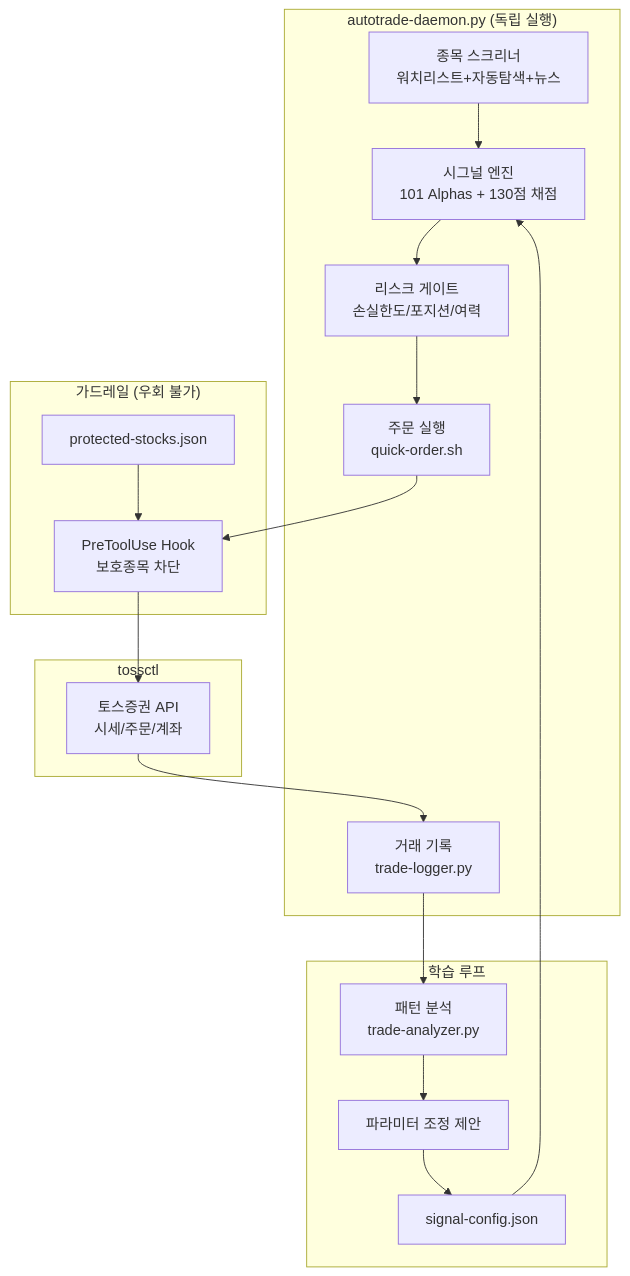
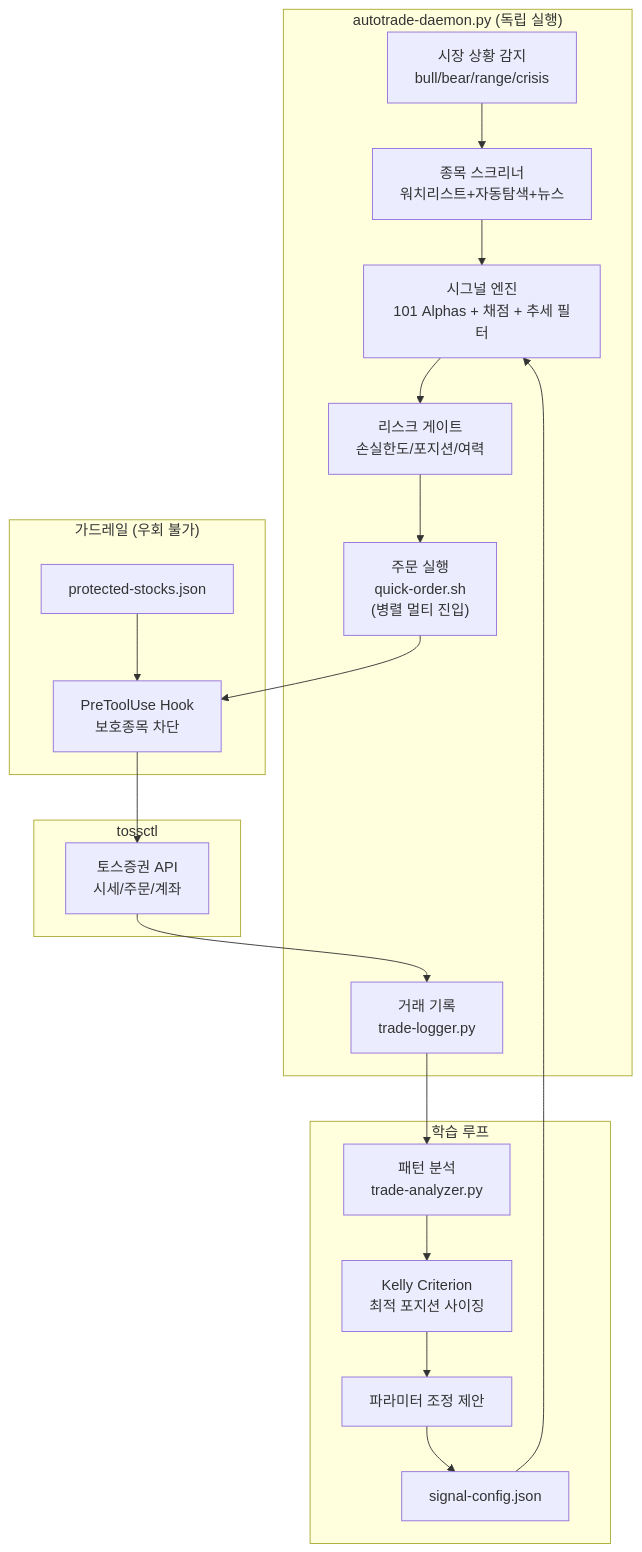
One commit to Aiden-Kwak/toss-trading-system changed the diagram in README.md. Above: the diagram before and after it, drawn with Mermaid. The commit also changed other lines of this file, not shown here.

````diff
--- a/README.md
+++ b/README.md
@@ -10,30 +10,32 @@
 ```mermaid
 flowchart TB
     subgraph Daemon["autotrade-daemon.py (독립 실행)"]
+        REGIME["시장 상황 감지\nbull/bear/range/crisis"]
         SCREENER["종목 스크리너\n워치리스트+자동탐색+뉴스"]
-        ENGINE["시그널 엔진\n101 Alphas + 130점 채점"]
+        ENGINE["시그널 엔진\n101 Alphas + 채점 + 추세 필터"]
         GATE["리스크 게이트\n손실한도/포지션/여력"]
-        EXEC["주문 실행\nquick-order.sh"]
+        EXEC["주문 실행\nquick-order.sh\n(병렬 멀티 진입)"]
         LOGGER["거래 기록\ntrade-logger.py"]
     end
 
     subgraph Guard["가드레일 (우회 불가)"]
         HOOK["PreToolUse Hook\n보호종목 차단"]
         PROTECT["protected-stocks.json"]
     end
 
     subgraph Learn["학습 루프"]
         ANALYZER["패턴 분석\ntrade-analyzer.py"]
+        KELLY["Kelly Criterion\n최적 포지션 사이징"]
         SUGGEST["파라미터 조정 제안"]
         CONFIG["signal-config.json"]
     end
 
     subgraph Toss["tossctl"]
         API["토스증권 API\n시세/주문/계좌"]
     end
 
-    SCREENER --> ENGINE --> GATE --> EXEC
+    REGIME --> SCREENER --> ENGINE --> GATE --> EXEC
     EXEC --> HOOK --> API
-    API --> LOGGER --> ANALYZER --> SUGGEST --> CONFIG --> ENGINE
+    API --> LOGGER --> ANALYZER --> KELLY --> SUGGEST --> CONFIG --> ENGINE
     PROTECT --> HOOK
 ```
````
